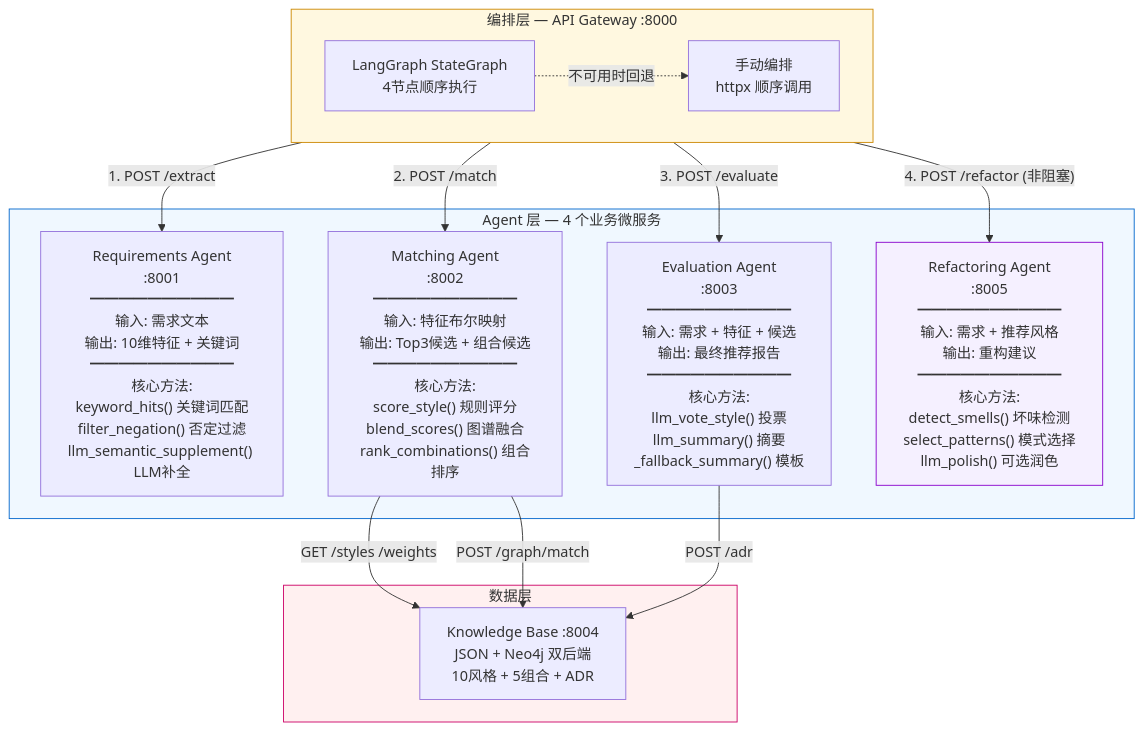
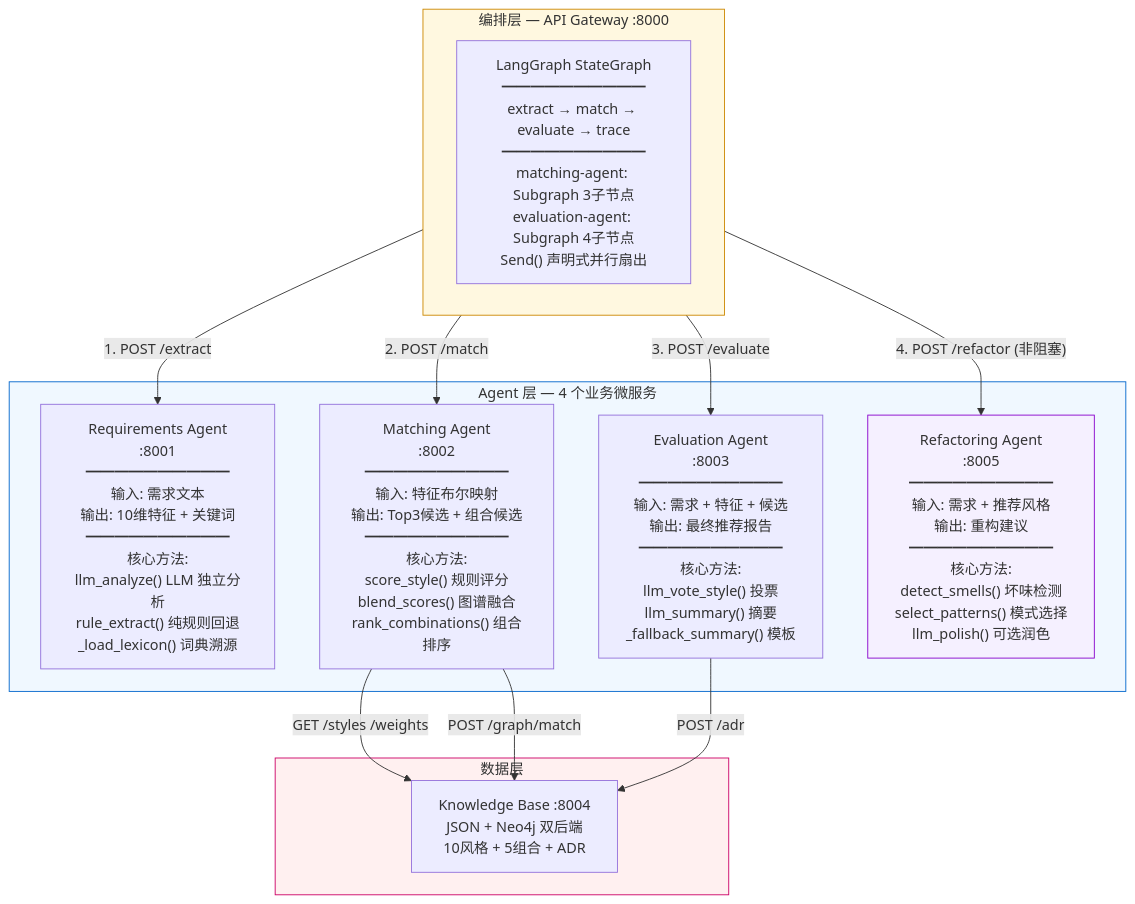
One commit to zbhzbhzbh11/architecture-assistant changed the fifth of 8 diagrams in docs/defense/05-C4模型与UML图.md. Above: the diagram before and after it, drawn with Mermaid. The commit also changed other lines of this file and 89 other files, not shown here.

First line of the commit message:
feat: LLM-first需求分析 + 12维特征 + 非对称惩罚 + 子图模块化 + 前端改版

````diff
--- a/docs/defense/05-C4模型与UML图.md
+++ b/docs/defense/05-C4模型与UML图.md
@@ -291,36 +405,33 @@
 ```mermaid
 graph TB
     subgraph Orchestrator["编排层 — API Gateway :8000"]
-        direction LR
-        LangGraph["LangGraph StateGraph<br/>4节点顺序执行"]
-        Manual["手动编排<br/>httpx 顺序调用"]
-        LangGraph -.->|"不可用时回退"| Manual
+        LangGraph["LangGraph StateGraph<br/>━━━━━━━━━━<br/>extract → match → evaluate → trace<br/>━━━━━━━━━━<br/>matching-agent: Subgraph 3子节点<br/>evaluation-agent: Subgraph 4子节点<br/>Send() 声明式并行扇出"]
     end
 
     subgraph AgentCluster["Agent 层 — 4 个业务微服务"]
-        Req["Requirements Agent<br/>:8001<br/>━━━━━━━━━━<br/>输入: 需求文本<br/>输出: 10维特征 + 关键词<br/>━━━━━━━━━━<br/>核心方法:<br/>keyword_hits() 关键词匹配<br/>filter_negation() 否定过滤<br/>llm_semantic_supplement() LLM补全"]
+        Req["Requirements Agent<br/>:8001<br/>━━━━━━━━━━<br/>输入: 需求文本<br/>输出: 10维特征 + 关键词<br/>━━━━━━━━━━<br/>核心方法:<br/>llm_analyze() LLM 独立分析<br/>rule_extract() 纯规则回退<br/>_load_lexicon() 词典溯源"]
 
         Match["Matching Agent<br/>:8002<br/>━━━━━━━━━━<br/>输入: 特征布尔映射<br/>输出: Top3候选 + 组合候选<br/>━━━━━━━━━━<br/>核心方法:<br/>score_style() 规则评分<br/>blend_scores() 图谱融合<br/>rank_combinations() 组合排序"]
 
         Eval["Evaluation Agent<br/>:8003<br/>━━━━━━━━━━<br/>输入: 需求 + 特征 + 候选<br/>输出: 最终推荐报告<br/>━━━━━━━━━━<br/>核心方法:<br/>llm_vote_style() 投票<br/>llm_summary() 摘要<br/>_fallback_summary() 模板"]
 
         Ref["Refactoring Agent<br/>:8005<br/>━━━━━━━━━━<br/>输入: 需求 + 推荐风格<br/>输出: 重构建议<br/>━━━━━━━━━━<br/>核心方法:<br/>detect_smells() 坏味检测<br/>select_patterns() 模式选择<br/>llm_polish() 可选润色"]
     end
 
     subgraph DataLayer["数据层"]
         KB["Knowledge Base :8004<br/>JSON + Neo4j 双后端<br/>10风格 + 5组合 + ADR"]
     end
 
     Orchestrator -->|"1. POST /extract"| Req
     Orchestrator -->|"2. POST /match"| Match
     Orchestrator -->|"3. POST /evaluate"| Eval
     Orchestrator -->|"4. POST /refactor (非阻塞)"| Ref
     Match -->|"GET /styles /weights"| KB
     Match -->|"POST /graph/match"| KB
     Eval -->|"POST /adr"| KB
 
     style Orchestrator fill:#fff8e0,stroke:#cc8800
     style AgentCluster fill:#f0f8ff,stroke:#0066cc
     style DataLayer fill:#fff0f0,stroke:#cc0066
     style Ref fill:#f5f0ff,stroke:#8800cc
 ```
````
